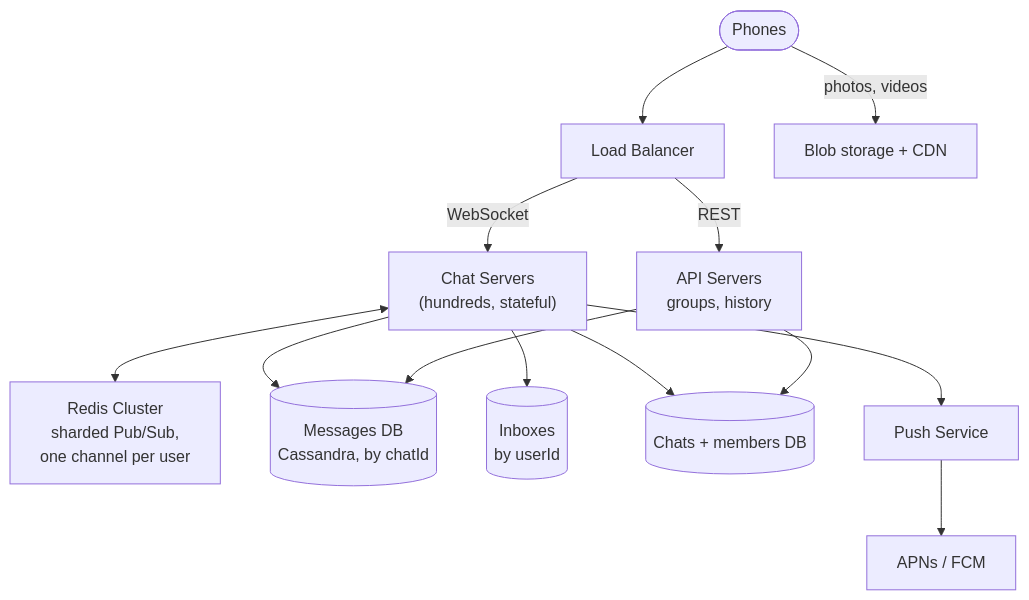
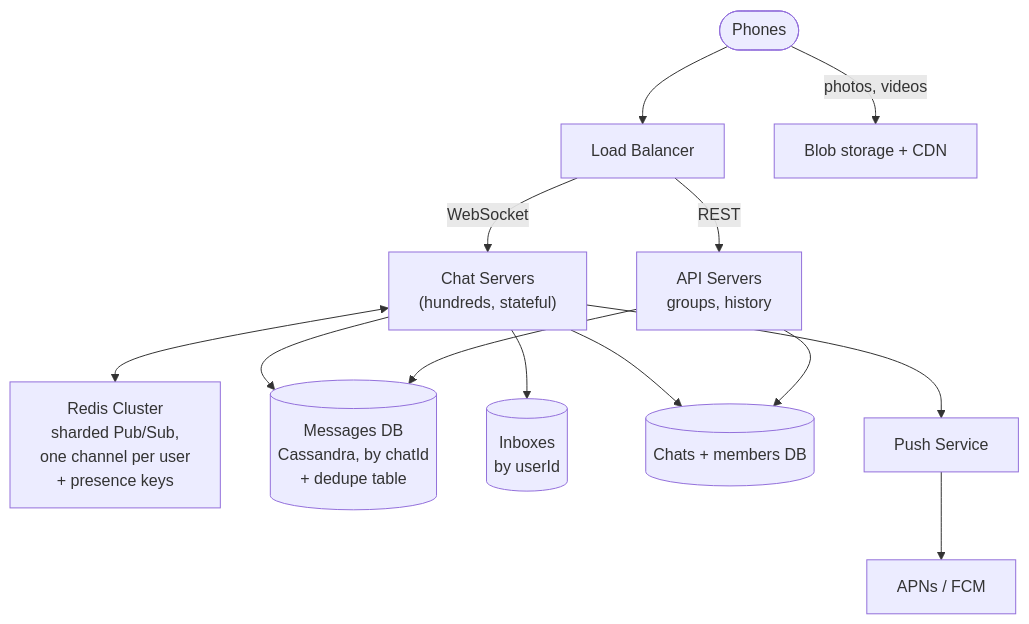
The fourth of 4 diagrams in content/system-design/questions/whatsapp.mdx (iamrs77/interview-ready), drawn with Mermaid before and after one commit. The commit also changed other lines of this file and 132 other files, not shown here.

````diff
--- a/content/system-design/questions/whatsapp.mdx
+++ b/content/system-design/questions/whatsapp.mdx
@@ -240,15 +255,15 @@
 ```mermaid
 flowchart TB
   Phones(["Phones"]):::client --> LB["Load Balancer"]:::lb
   Phones -->|"photos, videos"| Media["Blob storage + CDN"]:::storage
   LB -->|"WebSocket"| Chat["Chat Servers<br/>(hundreds, stateful)"]:::service
   LB -->|"REST"| API["API Servers<br/>groups, history"]:::service
-  Chat <--> PS["Redis Cluster<br/>sharded Pub/Sub,<br/>one channel per user"]:::queue
-  Chat --> MDB[("Messages DB<br/>Cassandra, by chatId")]:::db
+  Chat <--> PS["Redis Cluster<br/>sharded Pub/Sub,<br/>one channel per user<br/>+ presence keys"]:::queue
+  Chat --> MDB[("Messages DB<br/>Cassandra, by chatId<br/>+ dedupe table")]:::db
   Chat --> Inbox[("Inboxes<br/>by userId")]:::db
   Chat --> Groups[("Chats + members DB")]:::db
   API --> Groups
   API --> MDB
   Chat --> Push["Push Service"]:::service
   Push --> APNs["APNs / FCM"]:::external
 ```
````
